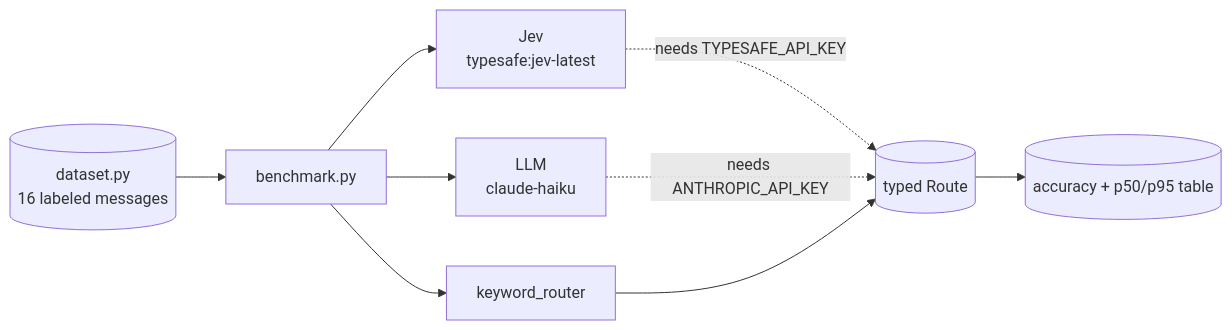
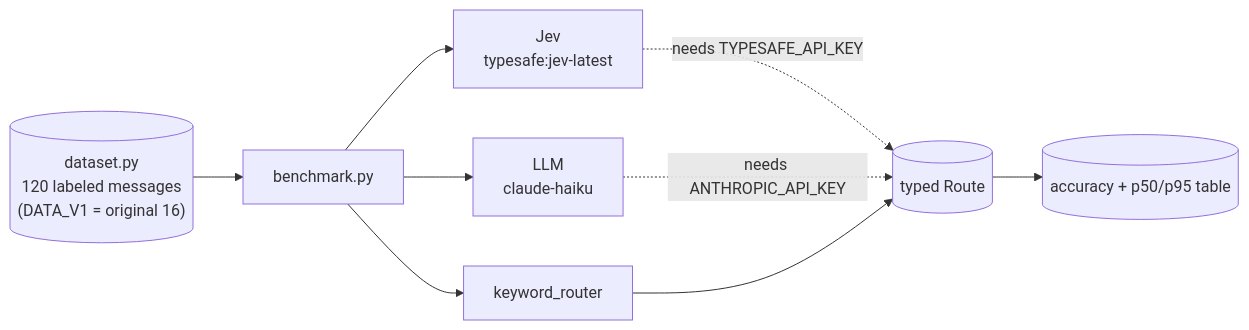
One commit to PlainJane20/jev-agent-router changed the diagram in README.md. Above: the diagram before and after it, drawn with Mermaid. The commit also changed other lines of this file and 1 other file, not shown here.

First line of the commit message:
Document 120-example dataset and keyword-baseline results

````diff
--- a/README.md
+++ b/README.md
@@ -90,11 +127,11 @@
 ```mermaid
 flowchart LR
-    DS[("dataset.py<br/>16 labeled messages")] --> BM["benchmark.py"]
+    DS[("dataset.py<br/>120 labeled messages<br/>(DATA_V1 = original 16)")] --> BM["benchmark.py"]
     BM --> KW["keyword_router"]
     BM --> JV["Jev<br/>typesafe:jev-latest"]
     BM --> LL["LLM<br/>claude-haiku"]
     JV -.->|needs TYPESAFE_API_KEY| T[("typed Route")]
     LL -.->|needs ANTHROPIC_API_KEY| T
     KW --> T
     T --> OUT[("accuracy + p50/p95 table")]
 ```
````
